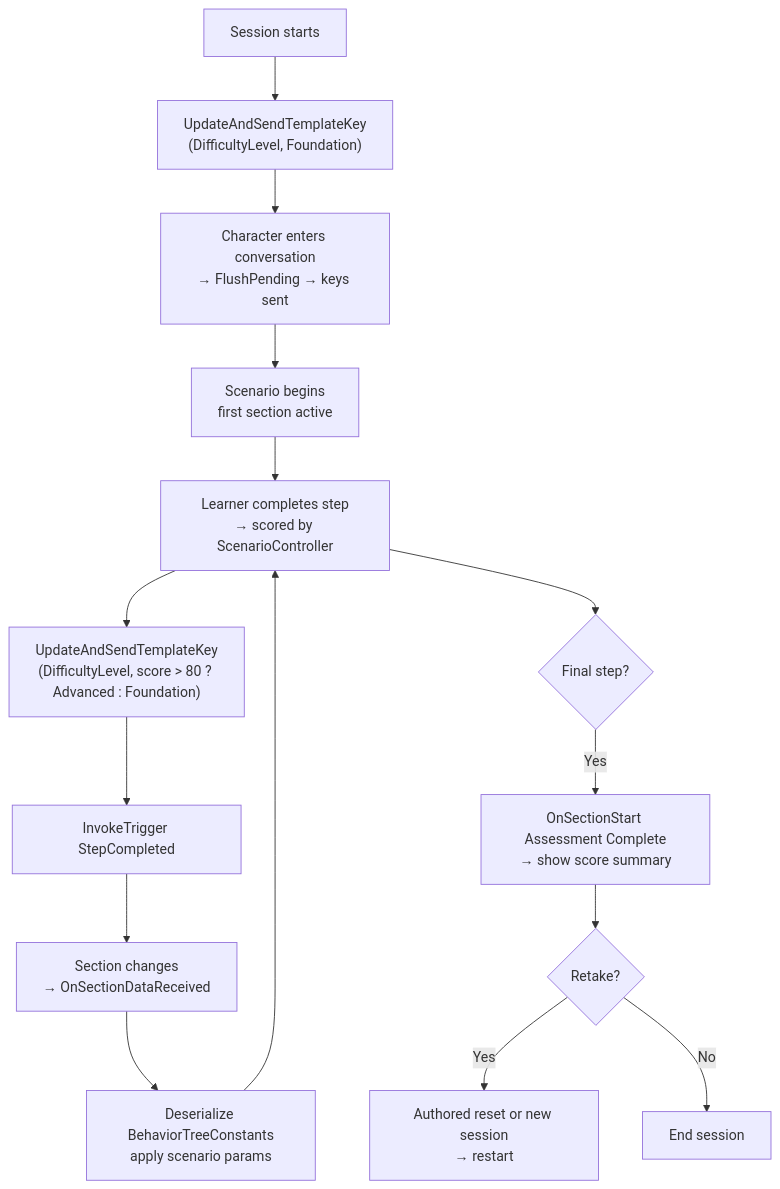
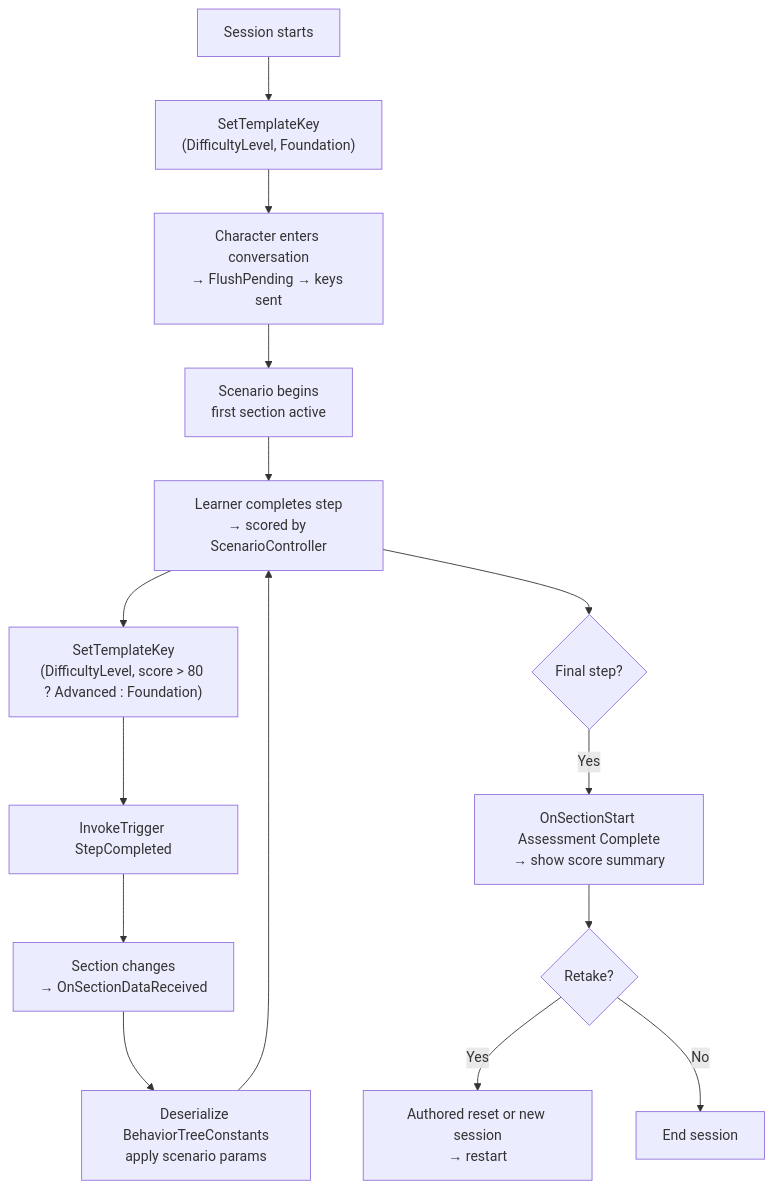
The diagram in plugins-and-integrations/convai-unity-sdk/features/narrative-design/usage-examples.md (Conv-AI/Convai-Documentation), drawn with Mermaid before and after one commit. The commit also changed other lines of this file and 237 other files, not shown here.

````diff
--- a/plugins-and-integrations/convai-unity-sdk/features/narrative-design/usage-examples.md
+++ b/plugins-and-integrations/convai-unity-sdk/features/narrative-design/usage-examples.md
@@ -214,17 +214,17 @@
 ```mermaid
 flowchart TD
-    A[Session starts] --> B["UpdateAndSendTemplateKey\n(DifficultyLevel, Foundation)"]
+    A[Session starts] --> B["SetTemplateKey\n(DifficultyLevel, Foundation)"]
     B --> C[Character enters conversation\n→ FlushPending → keys sent]
     C --> D[Scenario begins\nfirst section active]
     D --> E[Learner completes step\n→ scored by ScenarioController]
-    E --> F["UpdateAndSendTemplateKey\n(DifficultyLevel, score > 80 ? Advanced : Foundation)"]
+    E --> F["SetTemplateKey\n(DifficultyLevel, score > 80 ? Advanced : Foundation)"]
     F --> G[InvokeTrigger StepCompleted]
     G --> H[Section changes\n→ OnSectionDataReceived]
     H --> I[Deserialize BehaviorTreeConstants\napply scenario params]
     I --> E
     E --> J{Final step?}
     J -- Yes --> K[OnSectionStart Assessment Complete\n→ show score summary]
     K --> L{Retake?}
     L -- Yes --> M[Authored reset or new session\n→ restart]
     L -- No --> N[End session]
 ```
````
